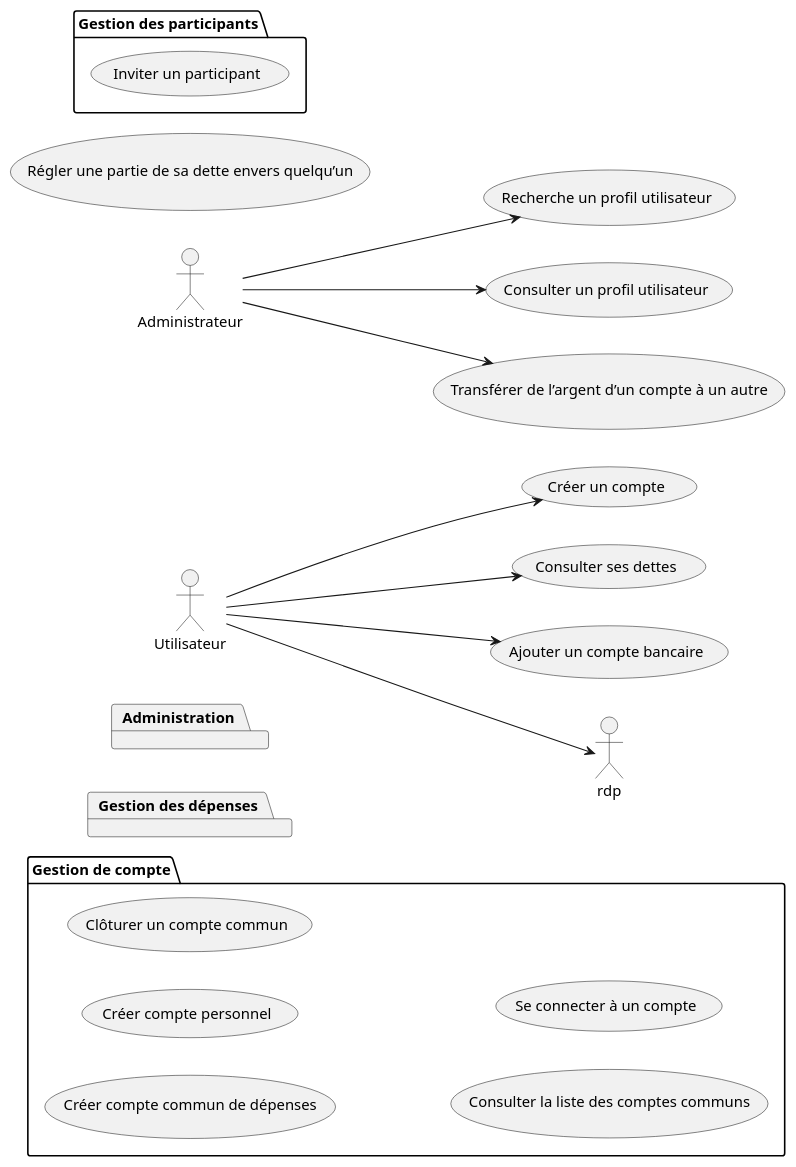
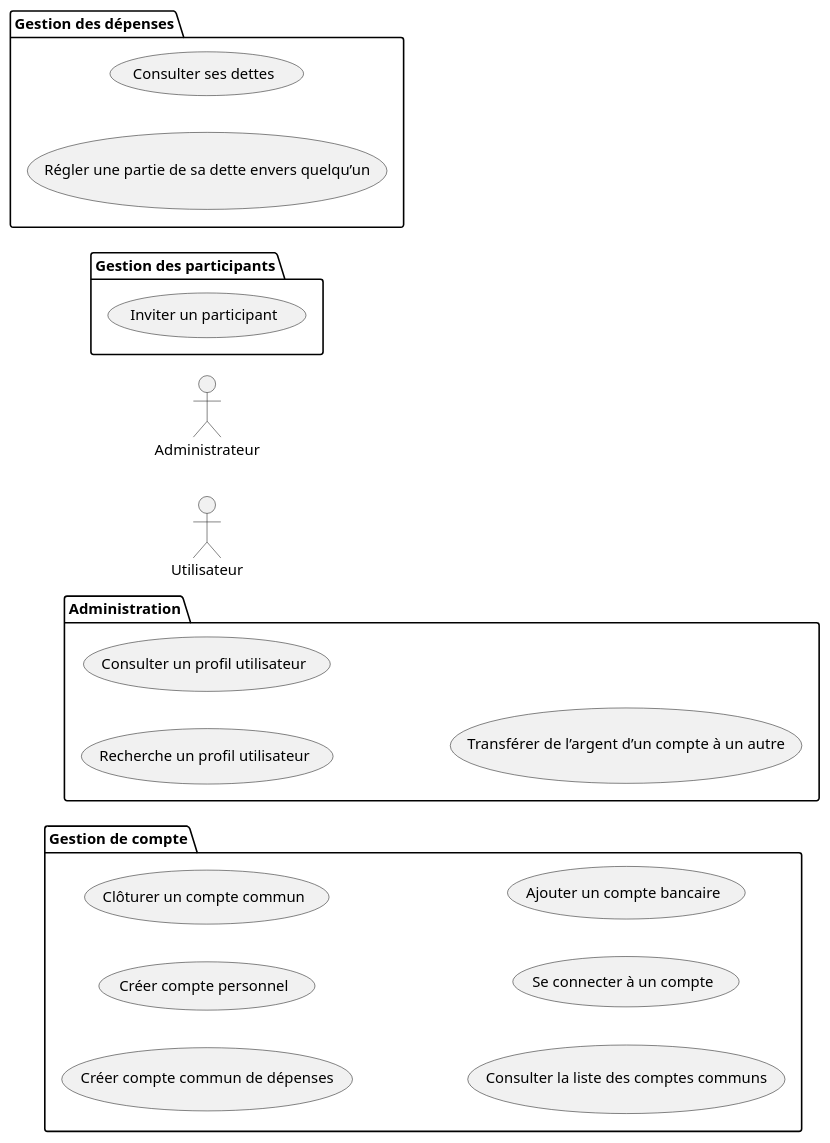
Before and after one commit to lmtb06/sharecount: the diagram in diagrammes/specification/cas-utilisation.puml, drawn with PlantUML.

Commit message:
cas-utilisation update

```diff
--- a/diagrammes/specification/cas-utilisation.puml
+++ b/diagrammes/specification/cas-utilisation.puml
@@ -1,52 +1,36 @@
 @startuml "Diagramme de cas d'utilisation"
 
 left to right direction
 
 actor "Utilisateur" as User
 
 actor "Administrateur" as Admin
 
 package "Gestion de compte"{
 	usecase "Créer compte commun de dépenses" as cccd
 	usecase "Créer compte personnel" as ccp
 	usecase "Clôturer un compte commun" as ccc
 	usecase "Consulter la liste des comptes communs" as clcc
 	usecase "Se connecter à un compte" as scc
+    usecase "Ajouter un compte bancaire" as acb
 
 }
 
 package "Gestion des participants"{
 	usecase "Inviter un participant" as iup
 }
 
 package "Gestion des dépenses"{
+    usecase "Consulter ses dettes" as csd
+    usecase "Régler une partie de sa dette envers quelqu’un" as rpd
 
 }
 
 package "Administration"{
+    usecase "Recherche un profil utilisateur" as rpu
+    usecase "Consulter un profil utilisateur" as cpu
+    usecase "Transférer de l’argent d’un compte à un autre" as tda
 
 }
 
-usecase "Créer un compte" as cuc
-
-usecase "Consulter ses dettes" as csd
-
-usecase "Régler une partie de sa dette envers quelqu’un" as rpd
-
-usecase "Ajouter un compte bancaire" as acb
-
-usecase "Recherche un profil utilisateur" as rpu
-
-usecase "Consulter un profil utilisateur" as cpu
-
-usecase "Transférer de l’argent d’un compte à un autre" as tda
-
-User-->cuc
-User-->csd
-User-->rdp
-User-->acb
-Admin-->rpu
-Admin-->cpu
-Admin-->tda
-
 @enduml
```
